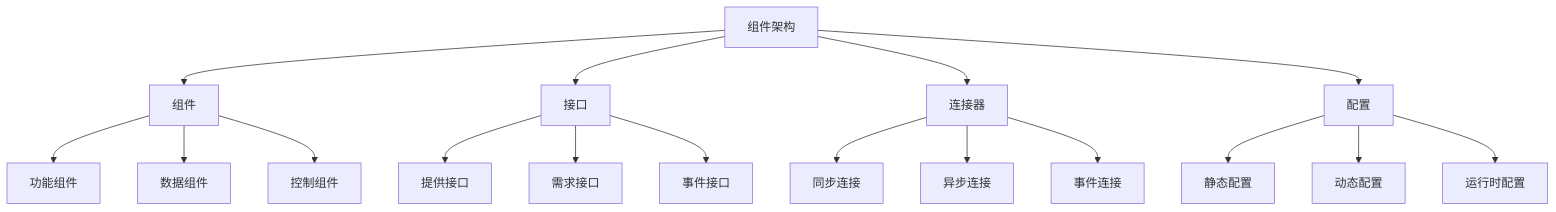
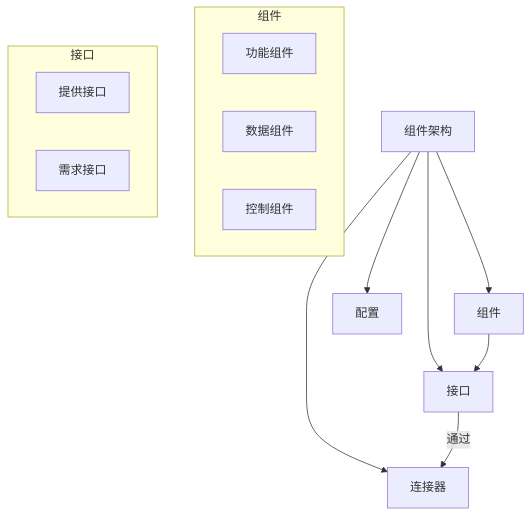
The diagram in docs/refactor/02-Software-Architecture/02-Component-Architecture/01-Component-Foundation.md (AdaMartin18010/common), drawn with Mermaid before and after one commit. The commit also changed other lines of this file and 14 other files, not shown here.

````diff
--- a/docs/refactor/02-Software-Architecture/02-Component-Architecture/01-Component-Foundation.md
+++ b/docs/refactor/02-Software-Architecture/02-Component-Architecture/01-Component-Foundation.md
@@ -55,23 +38,21 @@
 ```mermaid
-graph TB
-    A[组件架构] --> B[组件]
-    A --> C[接口]
-    A --> D[连接器]
-    A --> E[配置]
-    
-    B --> B1[功能组件]
-    B --> B2[数据组件]
-    B --> B3[控制组件]
-    
-    C --> C1[提供接口]
-    C --> C2[需求接口]
-    C --> C3[事件接口]
-    
-    D --> D1[同步连接]
-    D --> D2[异步连接]
-    D --> D3[事件连接]
-    
-    E --> E1[静态配置]
-    E --> E2[动态配置]
-    E --> E3[运行时配置]
+graph TD
+    A[组件架构] --> B[组件];
+    A --> C[接口];
+    A --> D[连接器];
+    A --> E[配置];
+
+    subgraph 组件
+        B1[功能组件];
+        B2[数据组件];
+        B3[控制组件];
+    end
+
+    subgraph 接口
+        C1[提供接口];
+        C2[需求接口];
+    end
+
+    B --> C;
+    C -- 通过 --> D;
 ```
````
